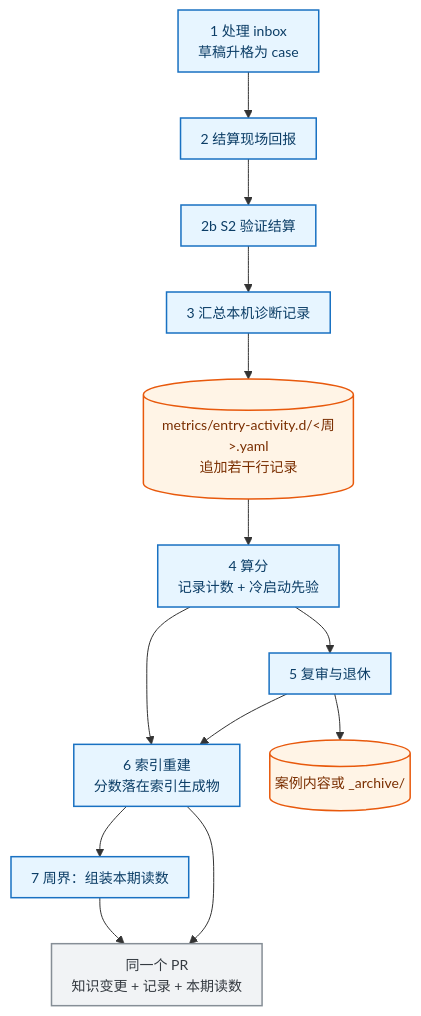
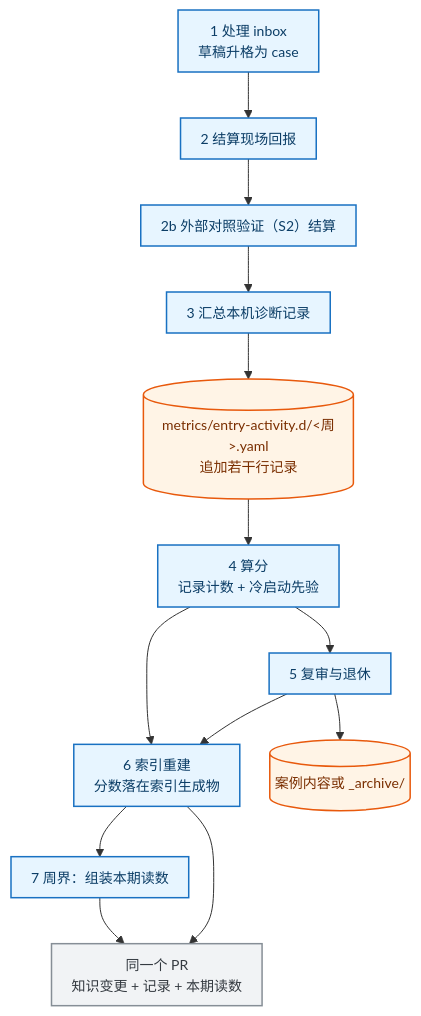
The third of 4 diagrams in docs/mechanism/diagnosis-observability.md (Bowen-Leee/ascend-sleuth), drawn with Mermaid before and after one commit. The commit also changed other lines of this file, not shown here.

````diff
--- a/docs/mechanism/diagnosis-observability.md
+++ b/docs/mechanism/diagnosis-observability.md
@@ -220,23 +221,23 @@
 ```mermaid
 %%{init: {'themeVariables':{'fontSize':'14px'},'flowchart':{'curve':'basis','nodeSpacing':30,'rankSpacing':46,'padding':10}}}%%
 flowchart TB
     S1["1 处理 inbox<br/>草稿升格为 case"] --> S2["2 结算现场回报"]
-    S2 --> S2B["2b S2 验证结算"]
+    S2 --> S2B["2b 外部对照验证（S2）结算"]
     S2B --> S3["3 汇总本机诊断记录"]
     S3 --> R[("metrics/entry-activity.d/&lt;周&gt;.yaml<br/>追加若干行记录")]
     R --> S4["4 算分<br/>记录计数 + 冷启动先验"]
     S4 --> S5["5 复审与退休"]
     S5 --> S6["6 索引重建<br/>分数落在索引生成物"]
     S4 --> S6
     S5 --> C2[("案例内容或 _archive/")]
     S6 --> S7["7 周界：组装本期读数"]
     S6 --> PR["同一个 PR<br/>知识变更 + 记录 + 本期读数"]
     S7 --> PR
 
     classDef step fill:#e7f5ff,stroke:#1971c2,stroke-width:1.5px,color:#0b3d66
     classDef store fill:#fff4e6,stroke:#e8590c,stroke-width:1.5px,color:#7a2e00
     classDef pr fill:#f1f3f5,stroke:#868e96,stroke-width:1.5px,color:#343a40
     class S1,S2,S2B,S3,S4,S5,S6,S7 step
     class R,C2 store
     class PR pr
 ```
````
